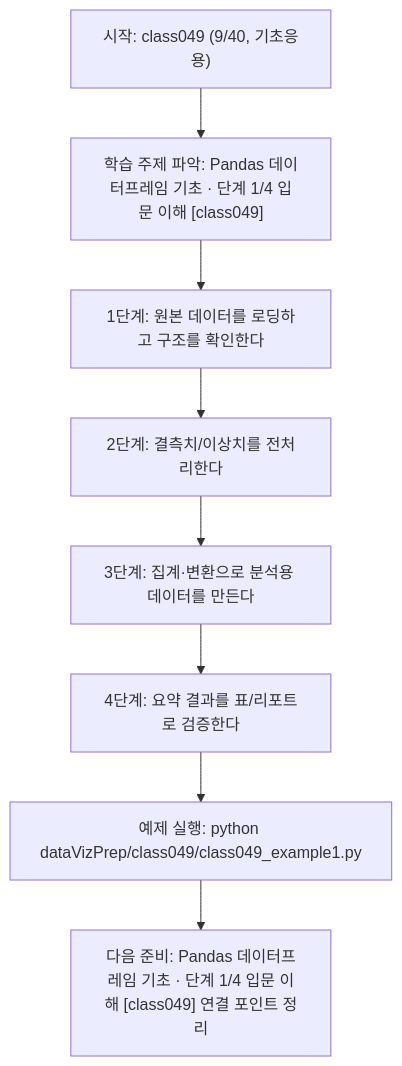
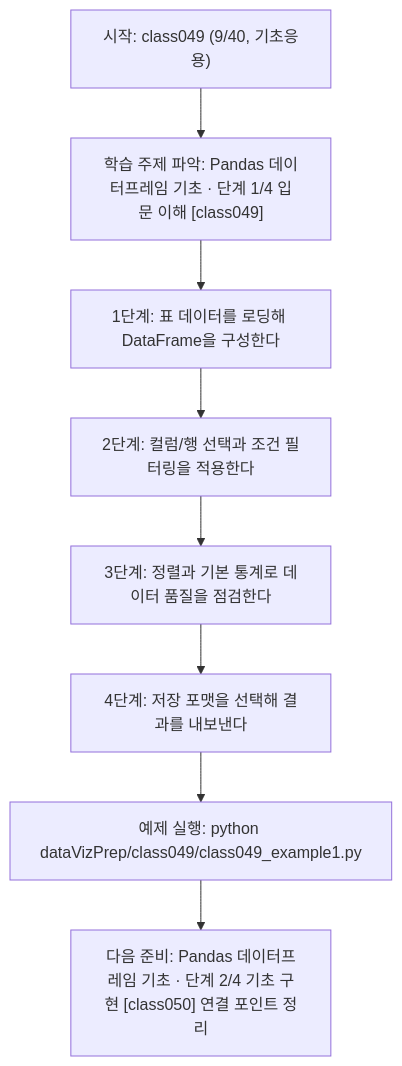
One commit to edumgt/Python-AI_Agent-Class changed the diagram in dataVizPrep/class049/class049.md. Above: the diagram before and after it, drawn with Mermaid. The commit also changed other lines of this file and 283 other files, not shown here.

````diff
--- a/dataVizPrep/class049/class049.md
+++ b/dataVizPrep/class049/class049.md
@@ -111,18 +92,18 @@
 ```mermaid
 flowchart TD
 N1["시작: class049 (9/40, 기초응용)"]
 N2["학습 주제 파악: Pandas 데이터프레임 기초 · 단계 1/4 입문 이해 [class049]"]
-N3["1단계: 원본 데이터를 로딩하고 구조를 확인한다"]
-N4["2단계: 결측치/이상치를 전처리한다"]
-N5["3단계: 집계·변환으로 분석용 데이터를 만든다"]
-N6["4단계: 요약 결과를 표/리포트로 검증한다"]
+N3["1단계: 표 데이터를 로딩해 DataFrame을 구성한다"]
+N4["2단계: 컬럼/행 선택과 조건 필터링을 적용한다"]
+N5["3단계: 정렬과 기본 통계로 데이터 품질을 점검한다"]
+N6["4단계: 저장 포맷을 선택해 결과를 내보낸다"]
 N7["예제 실행: python dataVizPrep/class049/class049_example1.py"]
-N8["다음 준비: Pandas 데이터프레임 기초 · 단계 1/4 입문 이해 [class049] 연결 포인트 정리"]
+N8["다음 준비: Pandas 데이터프레임 기초 · 단계 2/4 기초 구현 [class050] 연결 포인트 정리"]
 N1 --> N2
 N2 --> N3
 N3 --> N4
 N4 --> N5
 N5 --> N6
 N6 --> N7
 N7 --> N8
 ```
````
